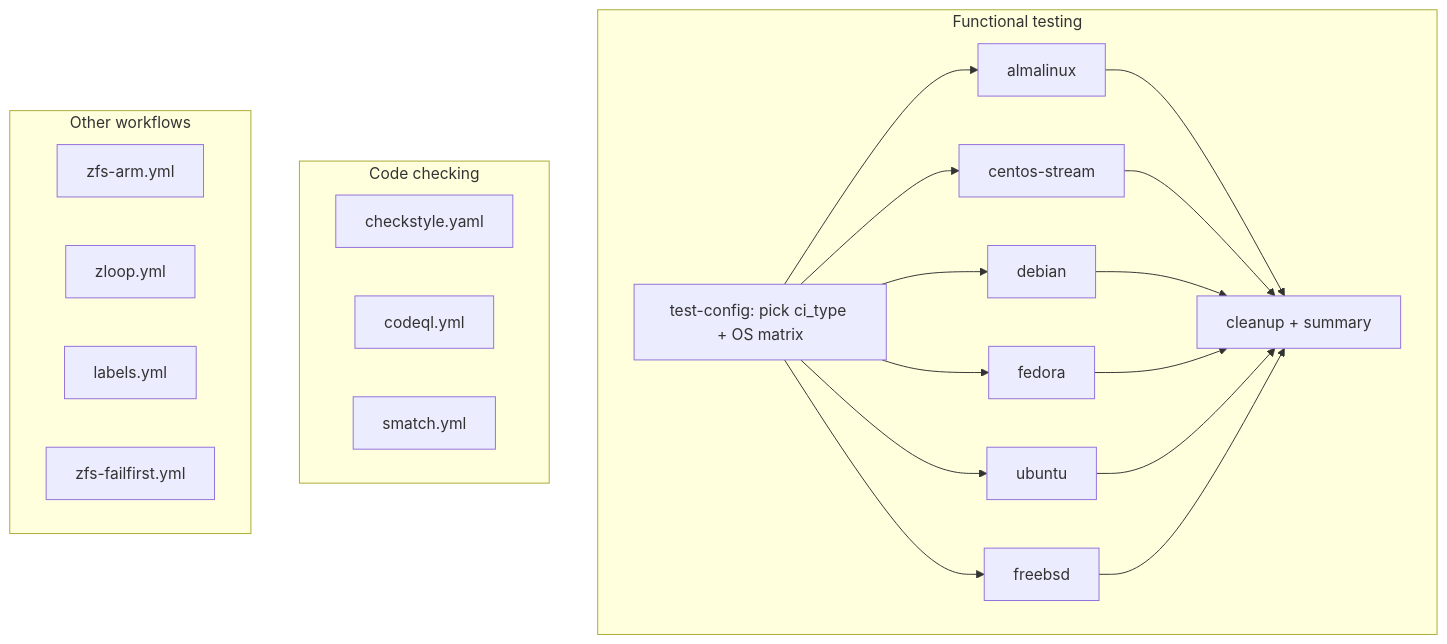
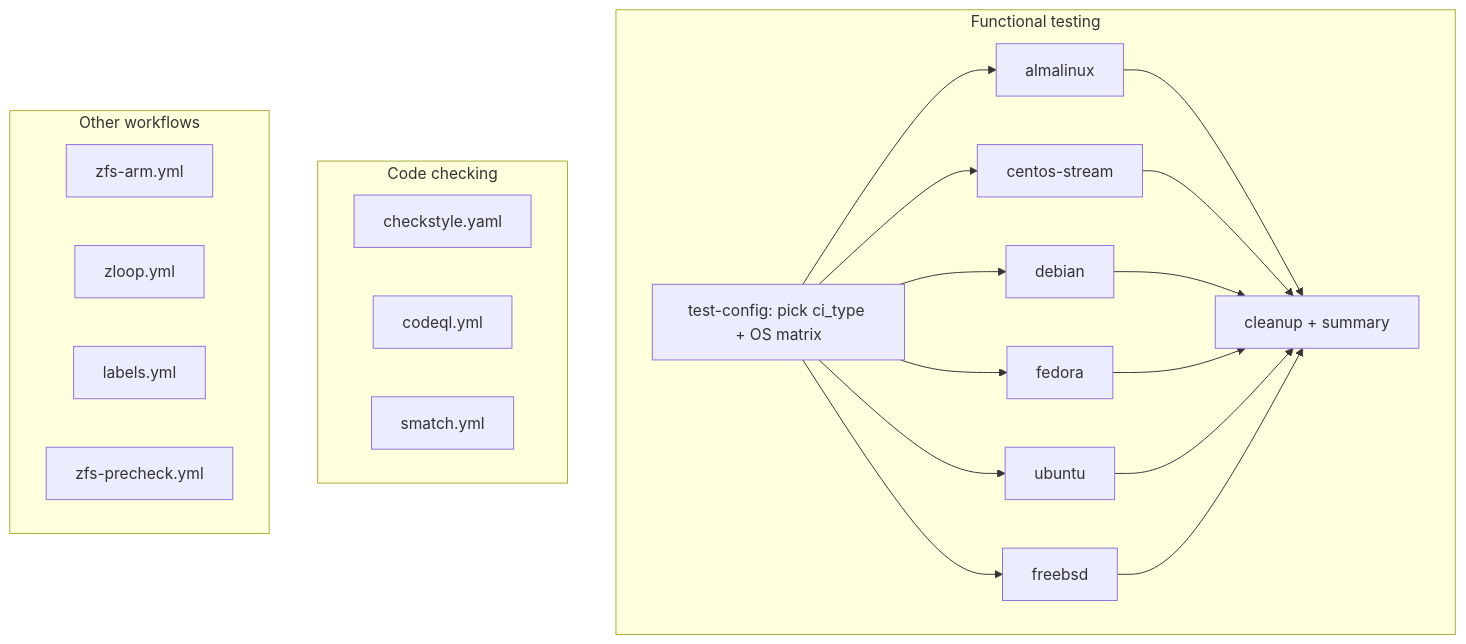
The diagram in .github/workflows/README.md (wrouesnel/zfs), drawn with Mermaid before and after one commit. The commit also changed other lines of this file and 2 other files, not shown here.

First line of the commit message:
CI: rename zfs-failfirst to zfs-precheck

````diff
--- a/.github/workflows/README.md
+++ b/.github/workflows/README.md
@@ -7,31 +7,31 @@
 ```mermaid
 flowchart TB
 subgraph Functional testing
   Setup[test-config: pick ci_type + OS matrix]
   Setup --> almalinux
   Setup --> centos[centos-stream]
   Setup --> debian
   Setup --> fedora
   Setup --> ubuntu
   Setup --> freebsd
   almalinux --> Cleanup[cleanup + summary]
   centos --> Cleanup
   debian --> Cleanup
   fedora --> Cleanup
   ubuntu --> Cleanup
   freebsd --> Cleanup
 end
 
 subgraph Code checking
   checkstyle.yaml
   codeql.yml
   smatch.yml
 end
 
 subgraph Other workflows
   zfs-arm.yml
   zloop.yml
   labels.yml
-  zfs-failfirst.yml
+  zfs-precheck.yml
 end
 ```
````
